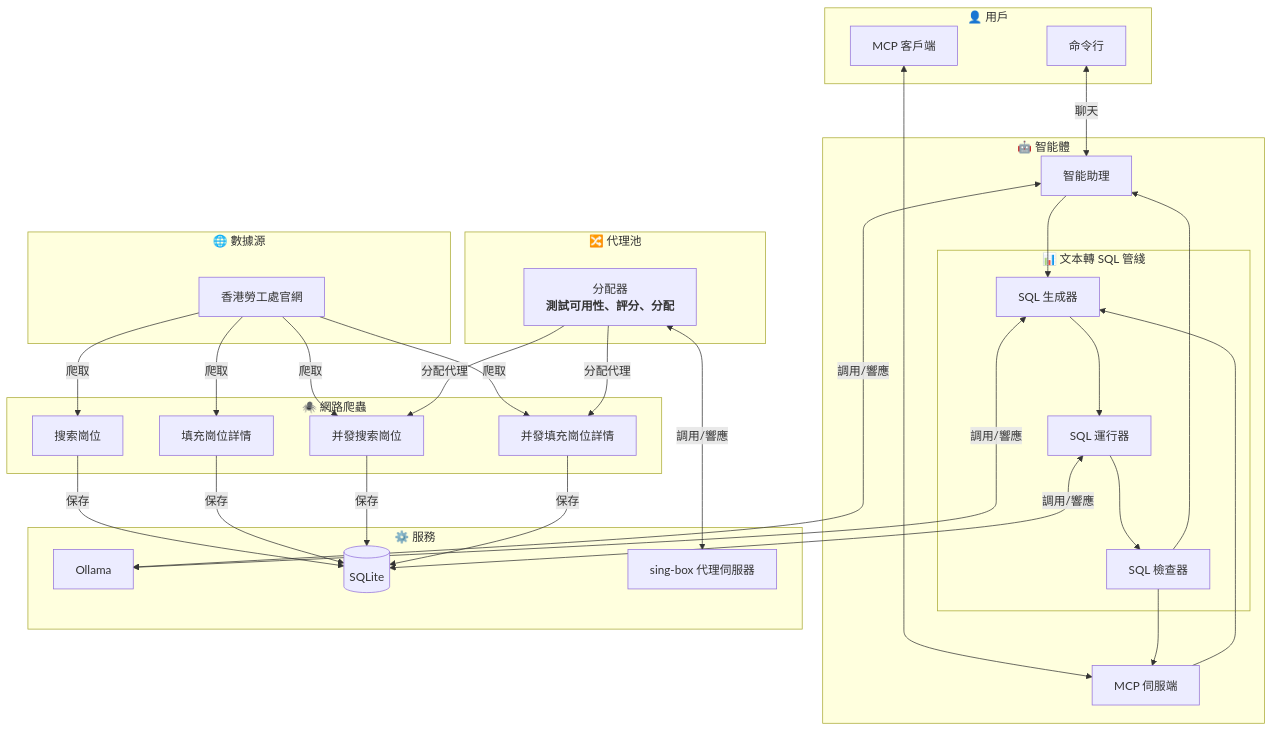
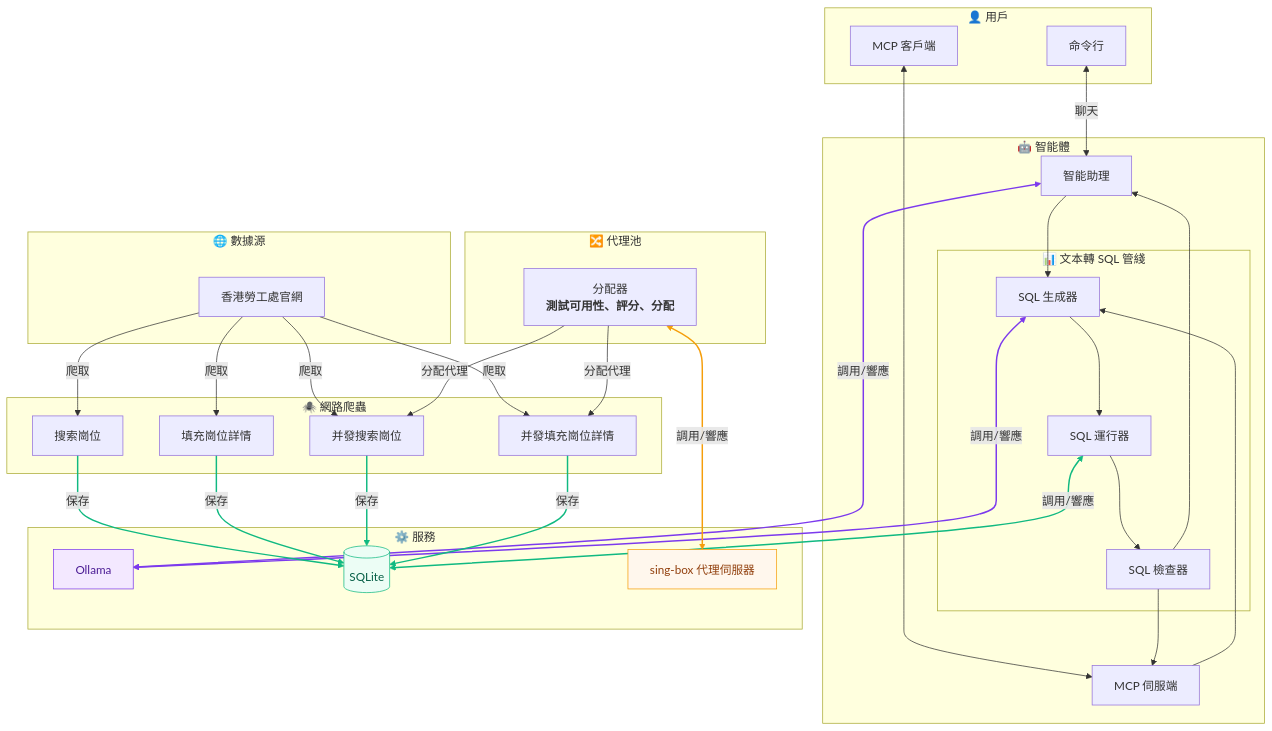
The diagram in README_zh_hk.md (JJ-Jacko/jobs_hk), drawn with Mermaid before and after one commit. The commit also changed 2 other files, not shown here.

Commit message:
feat(README.Structure): Services and their line fill with color.

````diff
--- a/README_zh_hk.md
+++ b/README_zh_hk.md
@@ -118,4 +118,16 @@
     assigner -->|分配代理| search_job_mt
     assigner -->|分配代理| fill_job_mt
     assigner <-->|調用/響應| proxy_server
+
+    classDef purple fill:#F3E8FF,stroke:#7C3AED,color:#4C1D95;
+    classDef green fill:#ECFDF5,stroke:#10B981,color:#065F46;
+    classDef orange fill:#FFF7ED,stroke:#F59E0B,color:#92400E;
+
+    class Ollama purple;
+    class SQLite green;
+    class proxy_server orange;
+
+    linkStyle 2,6 stroke:#7C3AED,stroke-width:2px
+    linkStyle 8,15,16,17,18 stroke:#10B981,stroke-width:2px
+    linkStyle 21 stroke:#F59E0B,stroke-width:2px
 ```
````
